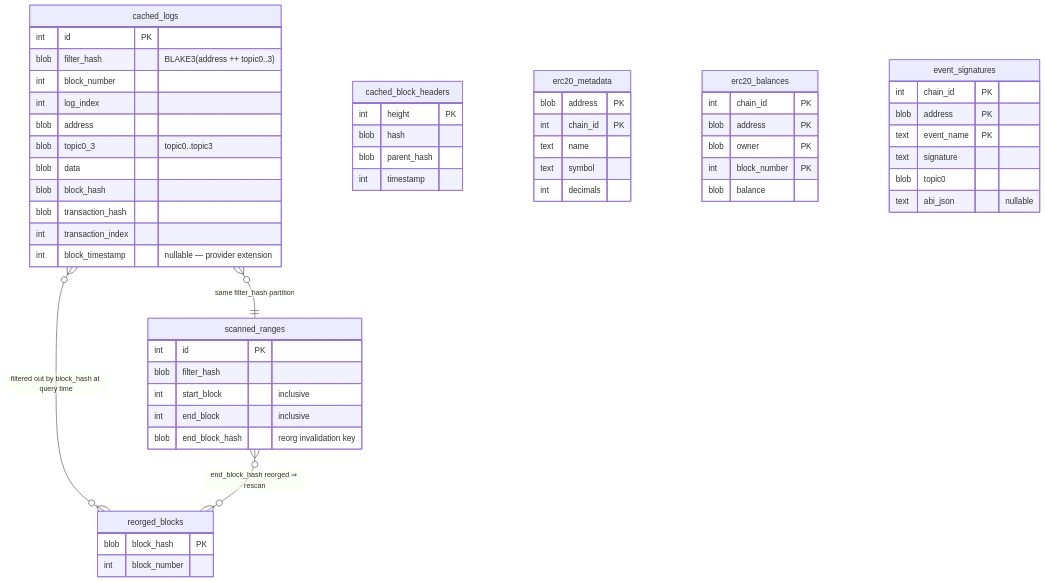
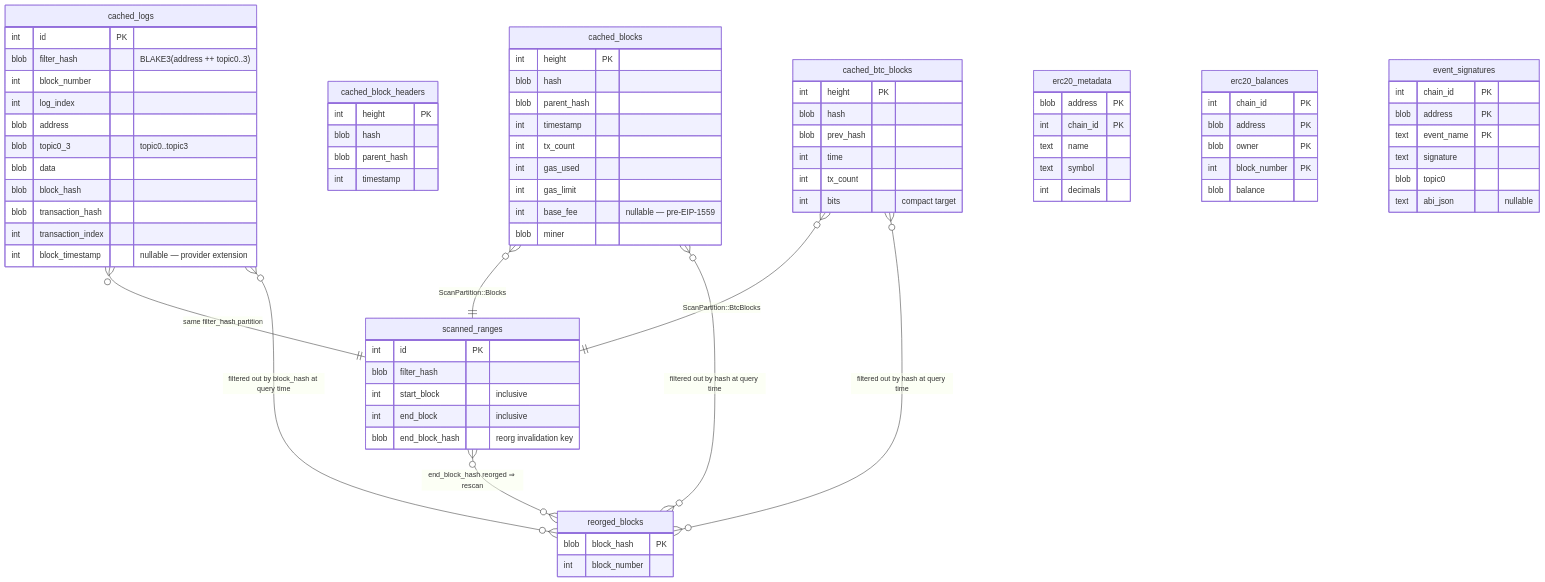
Before and after one commit to nikicat/chainfold: the seventh of 12 diagrams in docs/ARCHITECTURE.md, drawn with Mermaid. The commit also changed other lines of this file and 2 other files, not shown here.

First line of the commit message:
docs: shared-engine + bitcoin source across ARCHITECTURE/TODO/refactor

````diff
--- a/docs/ARCHITECTURE.md
+++ b/docs/ARCHITECTURE.md
@@ -831,58 +930,81 @@
 ```mermaid
 erDiagram
     cached_logs {
         int  id PK
         blob filter_hash "BLAKE3(address ++ topic0..3)"
         int  block_number
         int  log_index
         blob address
         blob topic0_3 "topic0..topic3"
         blob data
         blob block_hash
         blob transaction_hash
         int  transaction_index
         int  block_timestamp "nullable — provider extension"
     }
     scanned_ranges {
         int  id PK
         blob filter_hash
         int  start_block "inclusive"
         int  end_block   "inclusive"
         blob end_block_hash "reorg invalidation key"
     }
     reorged_blocks {
         blob block_hash PK
         int  block_number
     }
     cached_block_headers {
         int  height PK
         blob hash
         blob parent_hash
         int  timestamp
     }
+    cached_blocks {
+        int  height PK
+        blob hash
+        blob parent_hash
+        int  timestamp
+        int  tx_count
+        int  gas_used
+        int  gas_limit
+        int  base_fee "nullable — pre-EIP-1559"
+        blob miner
+    }
+    cached_btc_blocks {
+        int  height PK
+        blob hash
+        blob prev_hash
+        int  time
+        int  tx_count
+        int  bits "compact target"
+    }
     erc20_metadata {
         blob address PK
         int  chain_id PK
         text name
         text symbol
         int  decimals
     }
     erc20_balances {
         int  chain_id PK
         blob address PK
         blob owner PK
         int  block_number PK
         blob balance
     }
     event_signatures {
         int  chain_id PK
         blob address PK
         text event_name PK
         text signature
         blob topic0
         text abi_json "nullable"
     }
     cached_logs        }o--|| scanned_ranges  : "same filter_hash partition"
+    cached_blocks      }o--|| scanned_ranges  : "ScanPartition::Blocks"
+    cached_btc_blocks  }o--|| scanned_ranges  : "ScanPartition::BtcBlocks"
     cached_logs        }o--o{ reorged_blocks   : "filtered out by block_hash at query time"
+    cached_blocks      }o--o{ reorged_blocks   : "filtered out by hash at query time"
+    cached_btc_blocks  }o--o{ reorged_blocks   : "filtered out by hash at query time"
     scanned_ranges     }o--o{ reorged_blocks   : "end_block_hash reorged ⇒ rescan"
 ```
````
